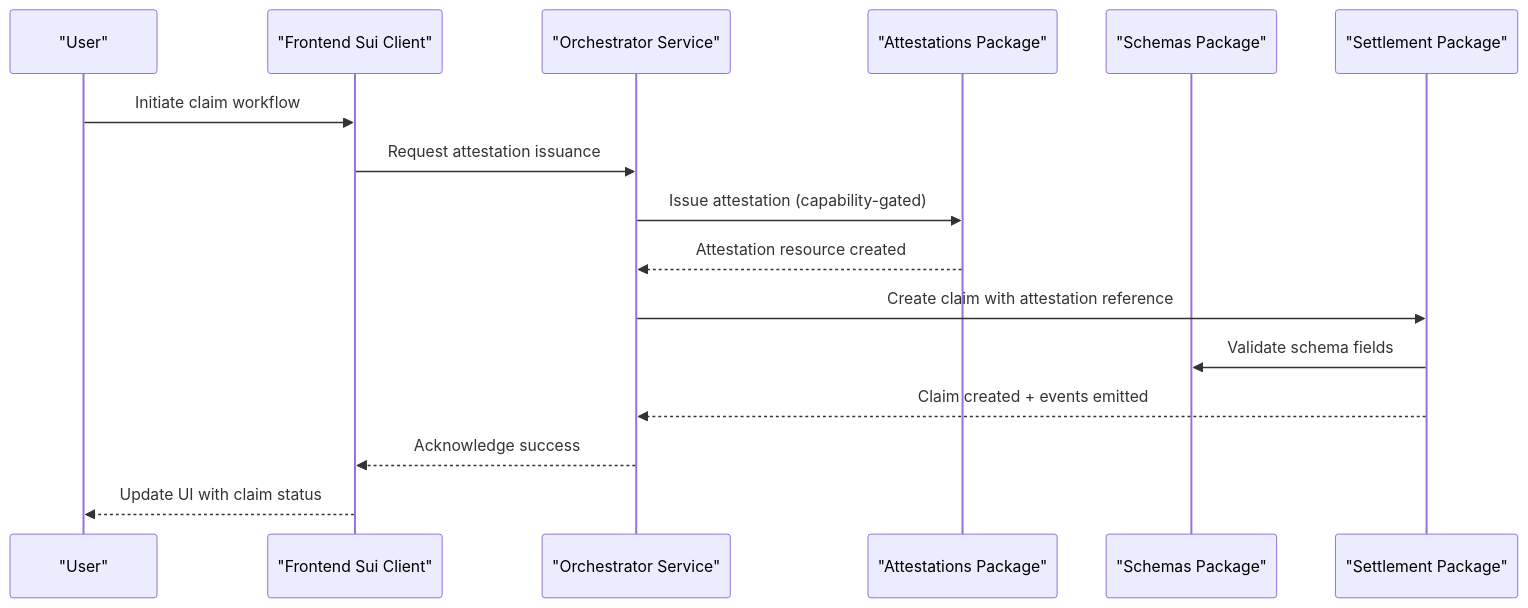
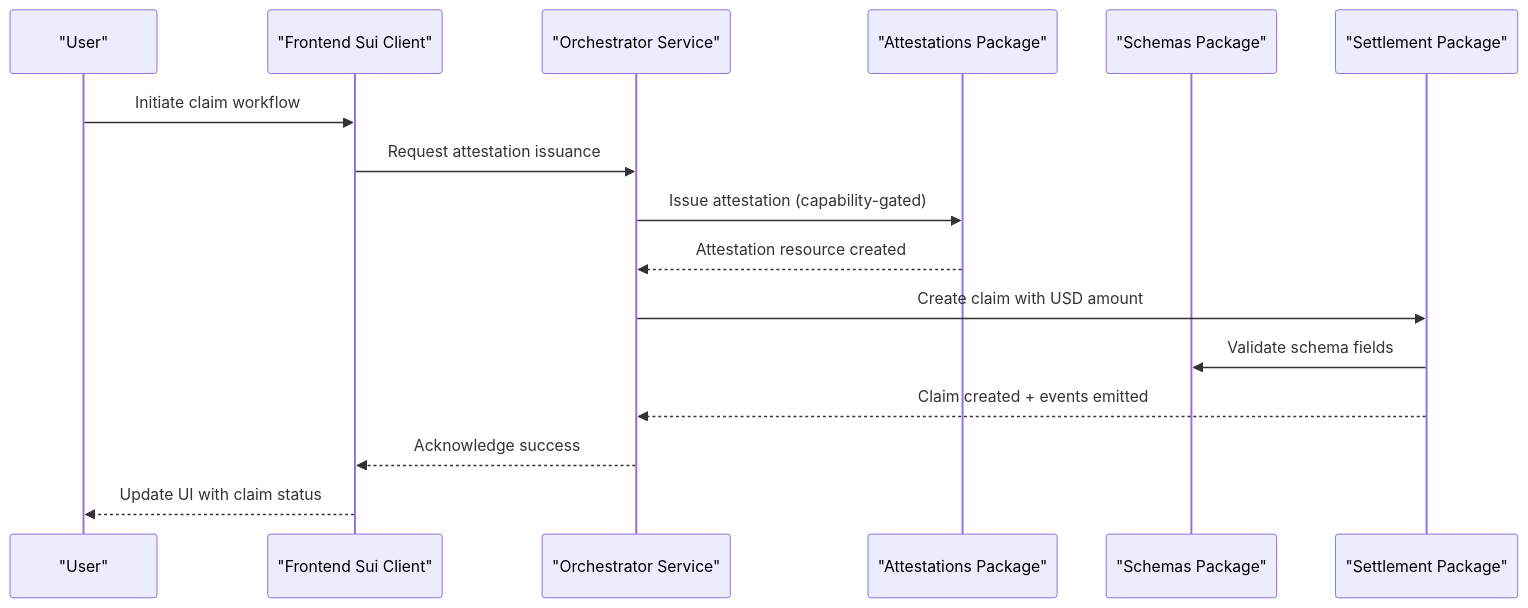
The second of 6 diagrams in .qoder/repowiki/en/content/Architecture Overview/Smart Contract Architecture.md (hieudepoet/Insurix), drawn with Mermaid before and after one commit. The commit also changed other lines of this file and 63 other files, not shown here.

````diff
--- a/.qoder/repowiki/en/content/Architecture Overview/Smart Contract Architecture.md
+++ b/.qoder/repowiki/en/content/Architecture Overview/Smart Contract Architecture.md
@@ -135,18 +139,18 @@
 ```mermaid
 sequenceDiagram
 participant User as "User"
 participant Frontend as "Frontend Sui Client"
 participant Backend as "Orchestrator Service"
 participant Attestations as "Attestations Package"
 participant Schemas as "Schemas Package"
 participant Settlement as "Settlement Package"
 User->>Frontend : Initiate claim workflow
 Frontend->>Backend : Request attestation issuance
 Backend->>Attestations : Issue attestation (capability-gated)
 Attestations-->>Backend : Attestation resource created
-Backend->>Settlement : Create claim with attestation reference
+Backend->>Settlement : Create claim with USD amount
 Settlement->>Schemas : Validate schema fields
 Settlement-->>Backend : Claim created + events emitted
 Backend-->>Frontend : Acknowledge success
 Frontend-->>User : Update UI with claim status
 ```
````
